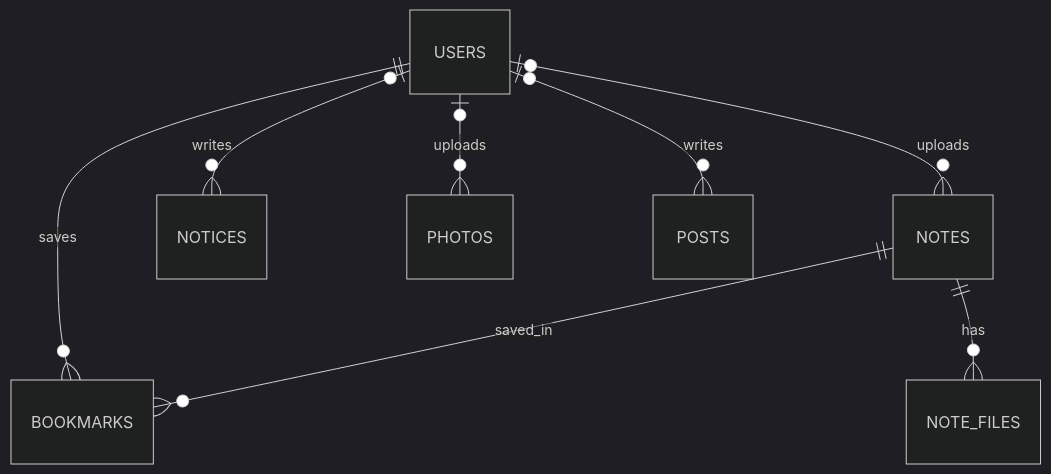
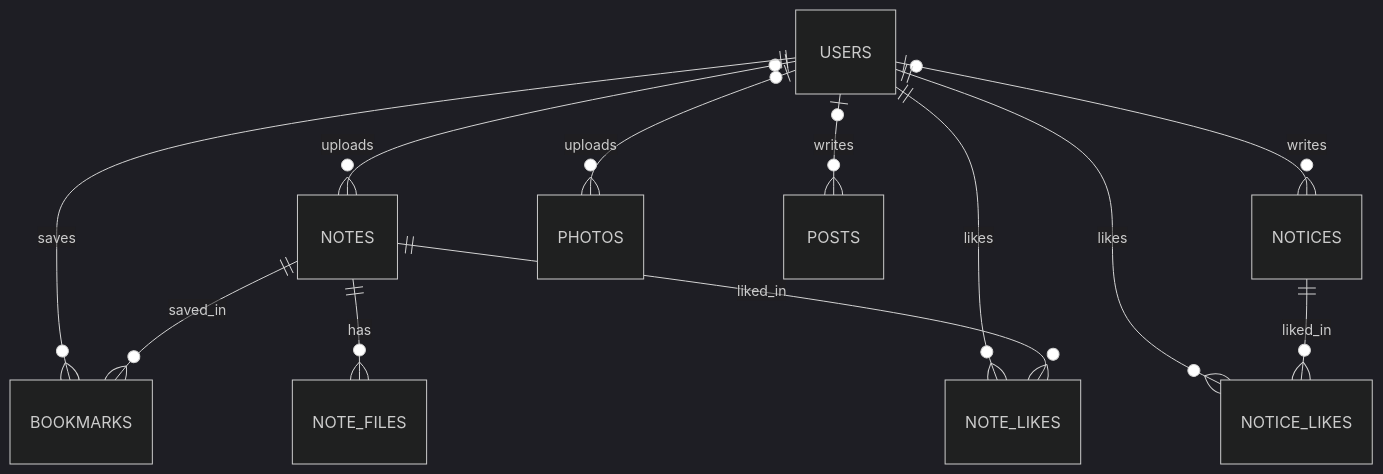
The diagram in spec/3-2-DESIGN-CONTRACT.md (HackerKHU/hacker_HP), drawn with Mermaid (dark theme) before and after one commit. The commit also changed other lines of this file and 19 other files, not shown here.

````diff
--- a/spec/3-2-DESIGN-CONTRACT.md
+++ b/spec/3-2-DESIGN-CONTRACT.md
@@ -26,10 +26,14 @@
 ```mermaid
 erDiagram
   USERS |o--o{ NOTES : uploads
   USERS ||--o{ BOOKMARKS : saves
   NOTES ||--o{ BOOKMARKS : saved_in
   NOTES ||--o{ NOTE_FILES : has
+  USERS ||--o{ NOTE_LIKES : likes
+  NOTES ||--o{ NOTE_LIKES : liked_in
   USERS |o--o{ NOTICES : writes
+  USERS ||--o{ NOTICE_LIKES : likes
+  NOTICES ||--o{ NOTICE_LIKES : liked_in
   USERS |o--o{ PHOTOS : uploads
   USERS |o--o{ POSTS : writes
 ```
````
